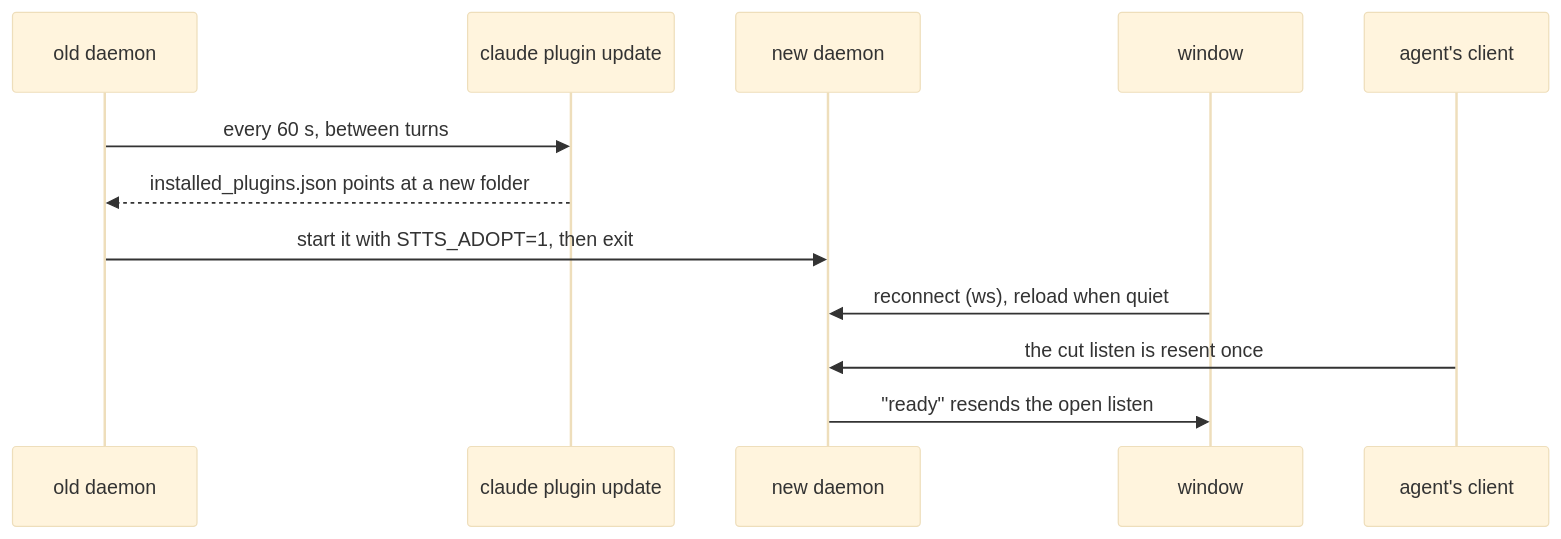
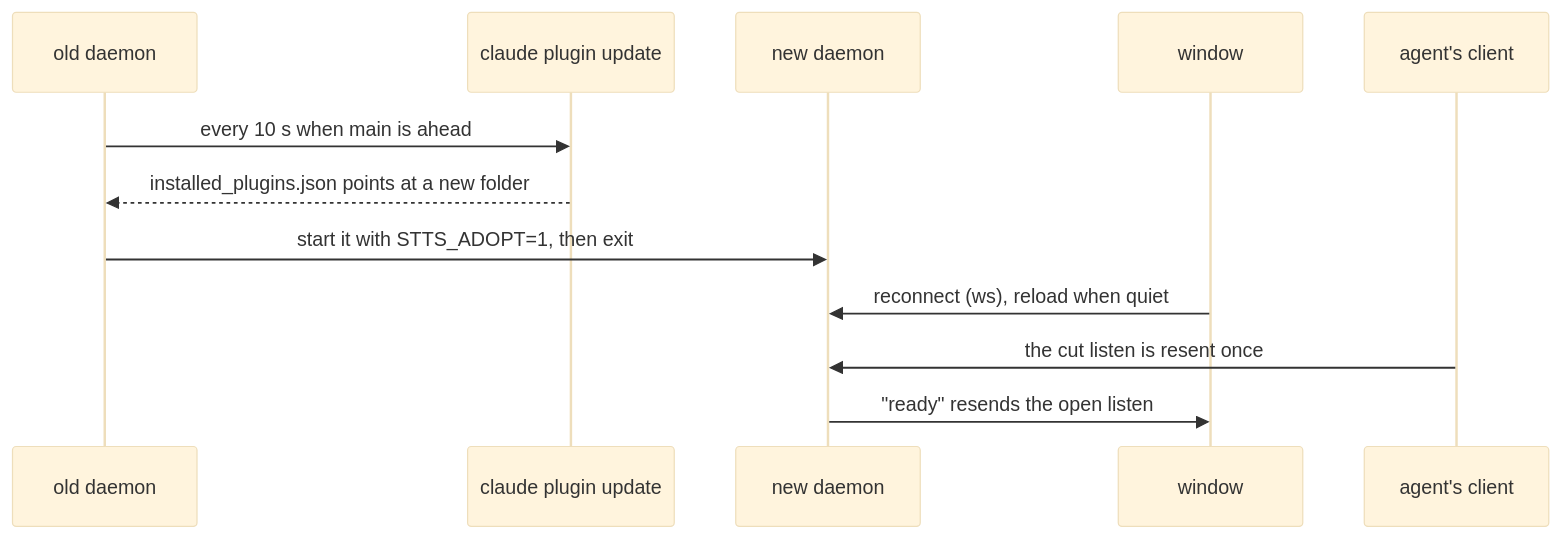
Before and after one commit to markkennethbadilla/stts: the diagram in specs/013-live-update/spec.md, drawn with Mermaid (base theme). The commit also changed other lines of this file and 3 other files, not shown here.

````diff
--- a/specs/013-live-update/spec.md
+++ b/specs/013-live-update/spec.md
@@ -13,14 +13,14 @@
 ```mermaid
 sequenceDiagram
   participant D1 as old daemon
   participant CC as claude plugin update
   participant D2 as new daemon
   participant P as window
   participant C as agent's client
-  D1->>CC: every 60 s, between turns
+  D1->>CC: every 10 s when main is ahead
   CC-->>D1: installed_plugins.json points at a new folder
   D1->>D2: start it with STTS_ADOPT=1, then exit
   P->>D2: reconnect (ws), reload when quiet
   C->>D2: the cut listen is resent once
   D2->>P: "ready" resends the open listen
 ```
````
